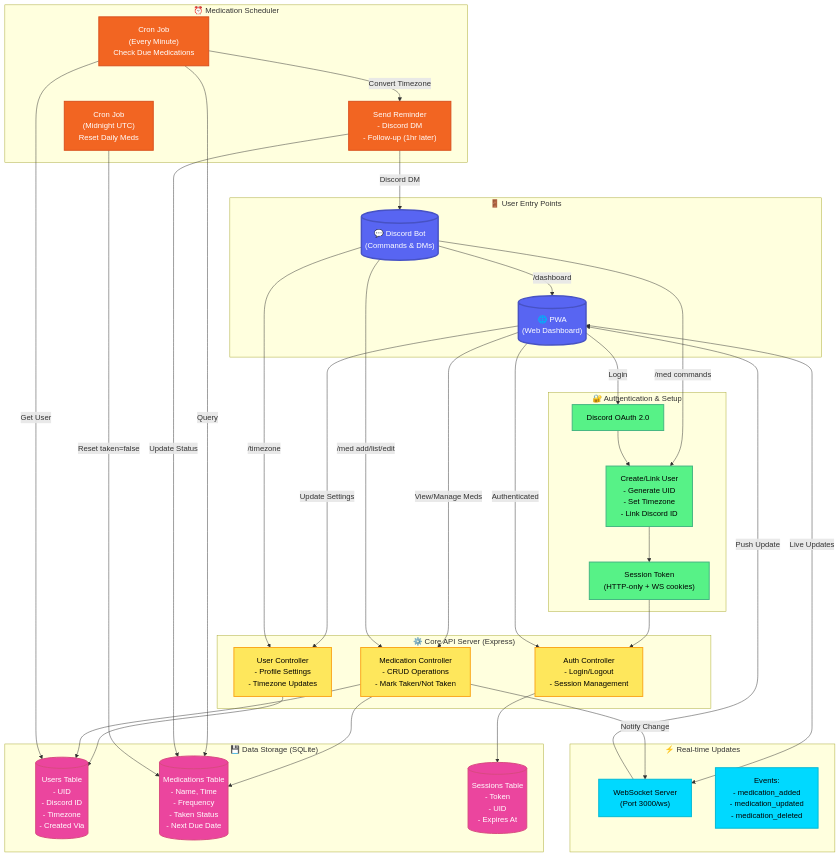
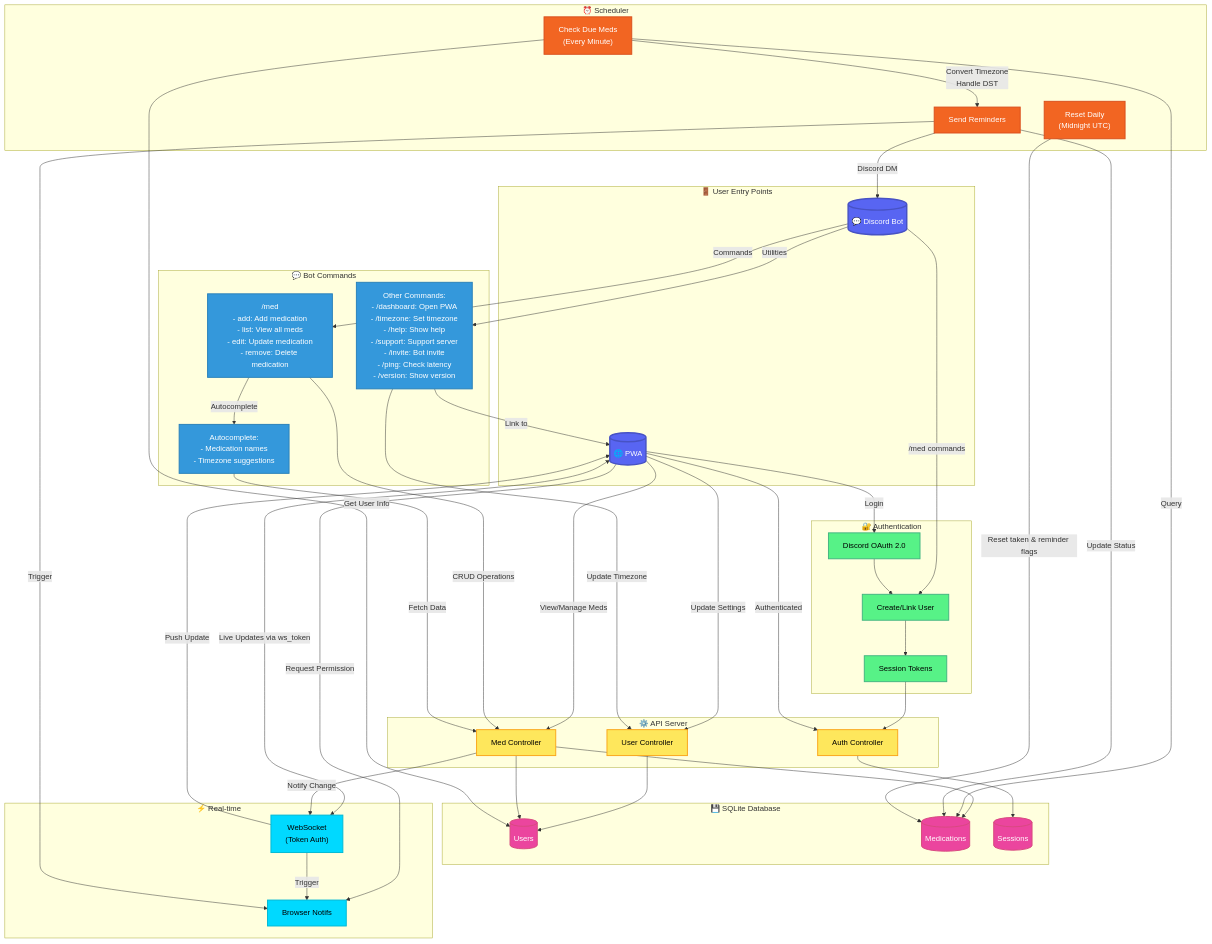
The diagram in Mermaid Layout.md (CloveTwilight3/Medication-Reminders), drawn with Mermaid before and after one commit.

Commit message:
update mermaid diagram for v1.0.5

````diff
--- a/Mermaid Layout.md
+++ b/Mermaid Layout.md
@@ -1,5 +1,4 @@
 ```mermaid
-
 %% @license MIT
 %% Copyright (c) 2025 Clove Twilight
 %% See LICENSE file in the root directory for full license text.
@@ -10,42 +9,49 @@
 graph TB
     %% User Entry Points
     subgraph Entry["🚪 User Entry Points"]
-        PWA[("🌐 PWA<br/>(Web Dashboard)")]
-        Discord[("💬 Discord Bot<br/>(Commands & DMs)")]
+        PWA[("🌐 PWA")]
+        Discord[("💬 Discord Bot")]
     end
 
     %% Authentication Flow
-    subgraph Auth["🔐 Authentication & Setup"]
+    subgraph Auth["🔐 Authentication"]
         OAuth["Discord OAuth 2.0"]
-        CreateUser["Create/Link User<br/>- Generate UID<br/>- Set Timezone<br/>- Link Discord ID"]
-        Session["Session Token<br/>(HTTP-only + WS cookies)"]
+        CreateUser["Create/Link User"]
+        Session["Session Tokens"]
     end
 
     %% Core API
-    subgraph API["⚙️ Core API Server (Express)"]
-        AuthAPI["Auth Controller<br/>- Login/Logout<br/>- Session Management"]
-        UserAPI["User Controller<br/>- Profile Settings<br/>- Timezone Updates"]
-        MedAPI["Medication Controller<br/>- CRUD Operations<br/>- Mark Taken/Not Taken"]
+    subgraph API["⚙️ API Server"]
+        AuthAPI["Auth Controller"]
+        UserAPI["User Controller"]
+        MedAPI["Med Controller"]
     end
 
     %% Data Storage
-    subgraph Storage["💾 Data Storage (SQLite)"]
-        UsersDB[("Users Table<br/>- UID<br/>- Discord ID<br/>- Timezone<br/>- Created Via")]
-        MedsDB[("Medications Table<br/>- Name, Time<br/>- Frequency<br/>- Taken Status<br/>- Next Due Date")]
-        SessionsDB[("Sessions Table<br/>- Token<br/>- UID<br/>- Expires At")]
+    subgraph Storage["💾 SQLite Database"]
+        UsersDB[("Users")]
+        MedsDB[("Medications")]
+        SessionsDB[("Sessions")]
     end
 
-    %% Real-time Communication
-    subgraph Realtime["⚡ Real-time Updates"]
-        WS["WebSocket Server<br/>(Port 3000/ws)"]
-        WSEvents["Events:<br/>- medication_added<br/>- medication_updated<br/>- medication_deleted"]
+    %% Real-time & Notifications
+    subgraph Realtime["⚡ Real-time"]
+        WS["WebSocket<br/>(Token Auth)"]
+        BrowserNotif["Browser Notifs"]
     end
 
     %% Scheduling System
-    subgraph Scheduler["⏰ Medication Scheduler"]
-        CronCheck["Cron Job<br/>(Every Minute)<br/>Check Due Medications"]
-        CronReset["Cron Job<br/>(Midnight UTC)<br/>Reset Daily Meds"]
-        SendReminder["Send Reminder<br/>- Discord DM<br/>- Follow-up (1hr later)"]
+    subgraph Scheduler["⏰ Scheduler"]
+        CronCheck["Check Due Meds<br/>(Every Minute)"]
+        CronReset["Reset Daily<br/>(Midnight UTC)"]
+        SendReminder["Send Reminders"]
+    end
+
+    %% Discord Commands
+    subgraph DiscordCommands["💬 Bot Commands"]
+        MedCmd["/med<br/>- add: Add medication<br/>- list: View all meds<br/>- edit: Update medication<br/>- remove: Delete medication"]
+        OtherCmd["Other Commands:<br/>- /dashboard: Open PWA<br/>- /timezone: Set timezone<br/>- /help: Show help<br/>- /support: Support server<br/>- /invite: Bot invite<br/>- /ping: Check latency<br/>- /version: Show version"]
+        Autocomplete["Autocomplete:<br/>- Medication names<br/>- Timezone suggestions"]
     end
 
     %% User Interactions Flow
@@ -55,16 +61,20 @@
     CreateUser --> Session
     Session --> AuthAPI
 
-    %% Dashboard Operations
+    %% Dashboard & Bot Operations
     PWA -->|Authenticated| AuthAPI
     PWA -->|View/Manage Meds| MedAPI
     PWA -->|Update Settings| UserAPI
-    PWA <-->|Live Updates| WS
-
-    %% Discord Bot Operations
-    Discord -->|/med add/list/edit| MedAPI
-    Discord -->|/timezone| UserAPI
-    Discord -->|/dashboard| PWA
+    PWA <-->|Live Updates via ws_token| WS
+    PWA -->|Request Permission| BrowserNotif
+    
+    Discord -->|Commands| MedCmd
+    Discord -->|Utilities| OtherCmd
+    MedCmd -->|Autocomplete| Autocomplete
+    MedCmd -->|CRUD Operations| MedAPI
+    OtherCmd -->|Update Timezone| UserAPI
+    OtherCmd -->|Link to| PWA
+    Autocomplete -->|Fetch Data| MedAPI
 
     %% API to Storage
     AuthAPI --> SessionsDB
@@ -72,18 +82,19 @@
     MedAPI --> MedsDB
     MedAPI --> UsersDB
 
-    %% WebSocket Flow
+    %% Real-time Flow
     MedAPI -->|Notify Change| WS
     WS -->|Push Update| PWA
+    WS -->|Trigger| BrowserNotif
 
     %% Scheduler Flow
     CronCheck -->|Query| MedsDB
-    CronCheck -->|Get User| UsersDB
-    CronCheck -->|Convert Timezone| SendReminder
+    CronCheck -->|Get User Info| UsersDB
+    CronCheck -->|Convert Timezone<br/>Handle DST| SendReminder
     SendReminder -->|Discord DM| Discord
     SendReminder -->|Update Status| MedsDB
-    
-    CronReset -->|Reset taken=false| MedsDB
+    SendReminder -->|Trigger| BrowserNotif
+    CronReset -->|Reset taken & reminder flags| MedsDB
 
     %% Visual Styling
     classDef entryPoint fill:#5865F2,stroke:#4752C4,stroke-width:3px,color:#fff
@@ -92,11 +103,13 @@
     classDef storage fill:#EB459E,stroke:#D84A7F,stroke-width:2px,color:#fff
     classDef realtime fill:#00D9FF,stroke:#00B8D4,stroke-width:2px,color:#000
     classDef scheduler fill:#F26522,stroke:#D94F1C,stroke-width:2px,color:#fff
+    classDef commands fill:#3498DB,stroke:#2980B9,stroke-width:2px,color:#fff
 
     class PWA,Discord entryPoint
     class OAuth,CreateUser,Session auth
     class AuthAPI,UserAPI,MedAPI api
     class UsersDB,MedsDB,SessionsDB storage
-    class WS,WSEvents realtime
+    class WS,BrowserNotif realtime
     class CronCheck,CronReset,SendReminder scheduler
+    class MedCmd,OtherCmd,Autocomplete commands
 ```
````
